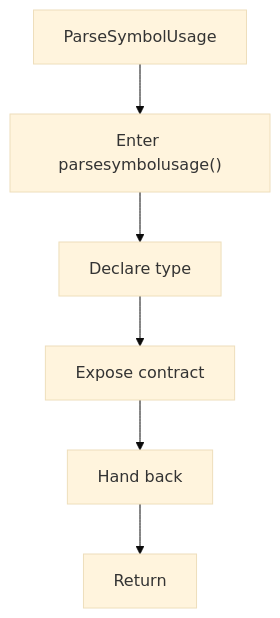
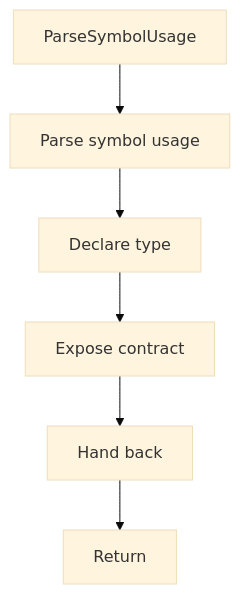
The diagram in docs/Codebase/Microservice/Modules/Header/SyntacticBrokenAST/Analysis/ImplementationUse/Binding/Symbols/Flow/functions/parsesymbolusage.hpp.md (JohnAndrewBalbarosa/NeoTerritory), drawn with Mermaid (base theme) before and after one commit. The commit also changed other lines of this file and 915 other files, not shown here.

````diff
--- a/docs/Codebase/Microservice/Modules/Header/SyntacticBrokenAST/Analysis/ImplementationUse/Binding/Symbols/Flow/functions/parsesymbolusage.hpp.md
+++ b/docs/Codebase/Microservice/Modules/Header/SyntacticBrokenAST/Analysis/ImplementationUse/Binding/Symbols/Flow/functions/parsesymbolusage.hpp.md
@@ -16,14 +16,14 @@
 ```mermaid
 flowchart TD
     Start["ParseSymbolUsage"]
-    N0["Enter parsesymbolusage()"]
+    N0["Parse symbol usage"]
     N1["Declare type"]
     N2["Expose contract"]
     N3["Hand back"]
     End["Return"]
     Start --> N0
     N0 --> N1
     N1 --> N2
     N2 --> N3
     N3 --> End
 ```
````
